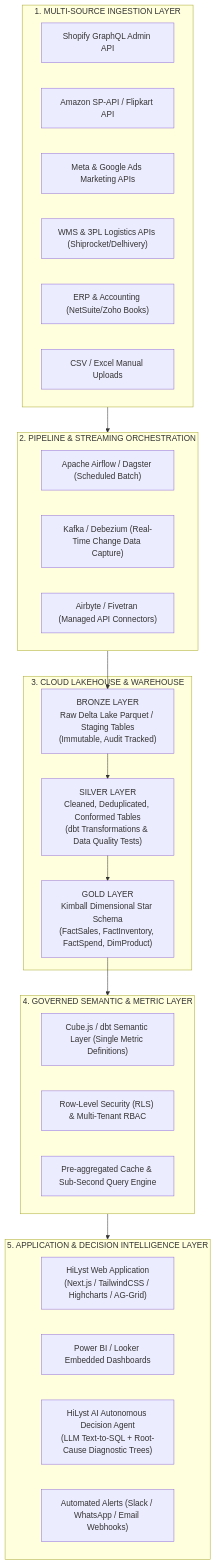
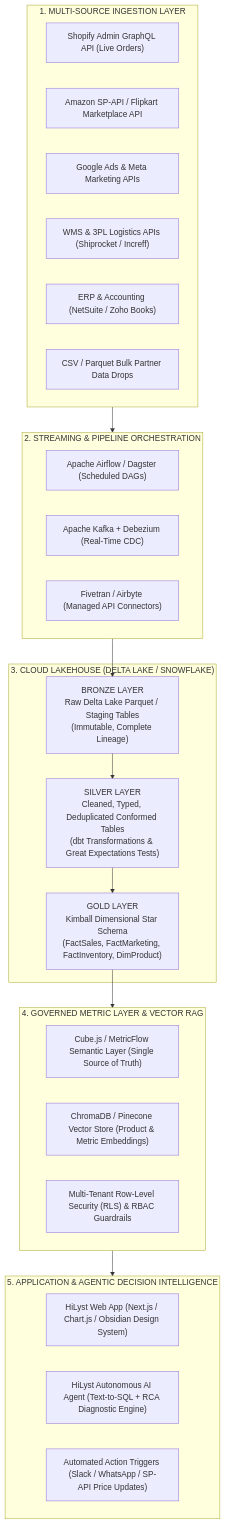
Before and after one commit to HU8Trader/HiLyst_UnifiedCommerceDW: the first of 3 diagrams in docs/06_FUTURE_ARCHITECTURE_AND_AI_READINESS.md, drawn with Mermaid. The commit also changed other lines of this file and 106 other files, not shown here.

First line of the commit message:
feat(v0.2): release HiLyst Unified BI & Decision Intelligence Platform v0.2

````diff
--- a/docs/06_FUTURE_ARCHITECTURE_AND_AI_READINESS.md
+++ b/docs/06_FUTURE_ARCHITECTURE_AND_AI_READINESS.md
@@ -14,43 +14,42 @@
 ```mermaid
 flowchart TB
- subgraph SOURCELAYER ["1. MULTI-SOURCE INGESTION LAYER"]
- S1["Shopify GraphQL Admin API"]
- S2["Amazon SP-API / Flipkart API"]
- S3["Meta & Google Ads Marketing APIs"]
- S4["WMS & 3PL Logistics APIs (Shiprocket/Delhivery)"]
- S5["ERP & Accounting (NetSuite/Zoho Books)"]
- S6["CSV / Excel Manual Uploads"]
- end
+    subgraph SOURCELAYER ["1. MULTI-SOURCE INGESTION LAYER"]
+        S1["Shopify Admin GraphQL API (Live Orders)"]
+        S2["Amazon SP-API / Flipkart Marketplace API"]
+        S3["Google Ads & Meta Marketing APIs"]
+        S4["WMS & 3PL Logistics APIs (Shiprocket / Increff)"]
+        S5["ERP & Accounting (NetSuite / Zoho Books)"]
+        S6["CSV / Parquet Bulk Partner Data Drops"]
+    end
 
- subgraph INGESTION ["2. PIPELINE & STREAMING ORCHESTRATION"]
- I1["Apache Airflow / Dagster (Scheduled Batch)"]
- I2["Kafka / Debezium (Real-Time Change Data Capture)"]
- I3["Airbyte / Fivetran (Managed API Connectors)"]
- end
+    subgraph INGESTION ["2. STREAMING & PIPELINE ORCHESTRATION"]
+        I1["Apache Airflow / Dagster (Scheduled DAGs)"]
+        I2["Apache Kafka + Debezium (Real-Time CDC)"]
+        I3["Fivetran / Airbyte (Managed API Connectors)"]
+    end
 
- subgraph MEDALLION ["3. CLOUD LAKEHOUSE & WAREHOUSE"]
- B["BRONZE LAYER<br/>Raw Delta Lake Parquet / Staging Tables<br/>(Immutable, Audit Tracked)"]
- S["SILVER LAYER<br/>Cleaned, Deduplicated, Conformed Tables<br/>(dbt Transformations & Data Quality Tests)"]
- G["GOLD LAYER<br/>Kimball Dimensional Star Schema<br/>(FactSales, FactInventory, FactSpend, DimProduct)"]
- end
+    subgraph MEDALLION ["3. CLOUD LAKEHOUSE (DELTA LAKE / SNOWFLAKE)"]
+        B["BRONZE LAYER<br/>Raw Delta Lake Parquet / Staging Tables<br/>(Immutable, Complete Lineage)"]
+        S["SILVER LAYER<br/>Cleaned, Typed, Deduplicated Conformed Tables<br/>(dbt Transformations & Great Expectations Tests)"]
+        G["GOLD LAYER<br/>Kimball Dimensional Star Schema<br/>(FactSales, FactMarketing, FactInventory, DimProduct)"]
+    end
 
- subgraph SEMANTIC ["4. GOVERNED SEMANTIC & METRIC LAYER"]
- SEM1["Cube.js / dbt Semantic Layer (Single Metric Definitions)"]
- SEM2["Row-Level Security (RLS) & Multi-Tenant RBAC"]
- SEM3["Pre-aggregated Cache & Sub-Second Query Engine"]
- end
+    subgraph SEMANTIC ["4. GOVERNED METRIC LAYER & VECTOR RAG"]
+        SEM1["Cube.js / MetricFlow Semantic Layer (Single Source of Truth)"]
+        SEM2["ChromaDB / Pinecone Vector Store (Product & Metric Embeddings)"]
+        SEM3["Multi-Tenant Row-Level Security (RLS) & RBAC Guardrails"]
+    end
 
- subgraph CONSUMPTION ["5. APPLICATION & DECISION INTELLIGENCE LAYER"]
- C1["HiLyst Web Application<br/>(Next.js / TailwindCSS / Highcharts / AG-Grid)"]
- C2["Power BI / Looker Embedded Dashboards"]
- C3["HiLyst AI Autonomous Decision Agent<br/>(LLM Text-to-SQL + Root-Cause Diagnostic Trees)"]
- C4["Automated Alerts (Slack / WhatsApp / Email Webhooks)"]
- end
+    subgraph CONSUMPTION ["5. APPLICATION & AGENTIC DECISION INTELLIGENCE"]
+        C1["HiLyst Web App (Next.js / Chart.js / Obsidian Design System)"]
+        C2["HiLyst Autonomous AI Agent (Text-to-SQL + RCA Diagnostic Engine)"]
+        C3["Automated Action Triggers (Slack / WhatsApp / SP-API Price Updates)"]
+    end
 
- SOURCELAYER --> INGESTION
- INGESTION --> B
- B --> S
- S --> G
- G --> SEMANTIC
- SEMANTIC --> CONSUMPTION
+    SOURCELAYER --> INGESTION
+    INGESTION --> B
+    B --> S
+    S --> G
+    G --> SEMANTIC
+    SEMANTIC --> CONSUMPTION
 ```
````
